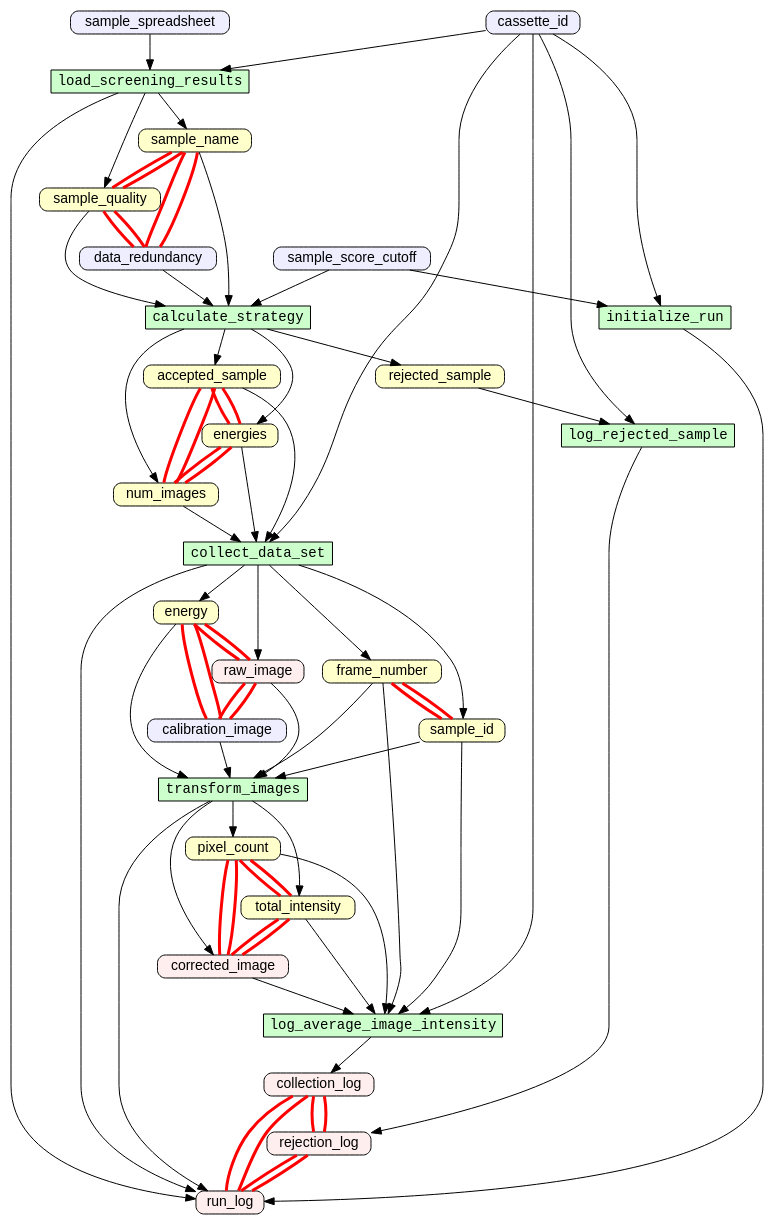
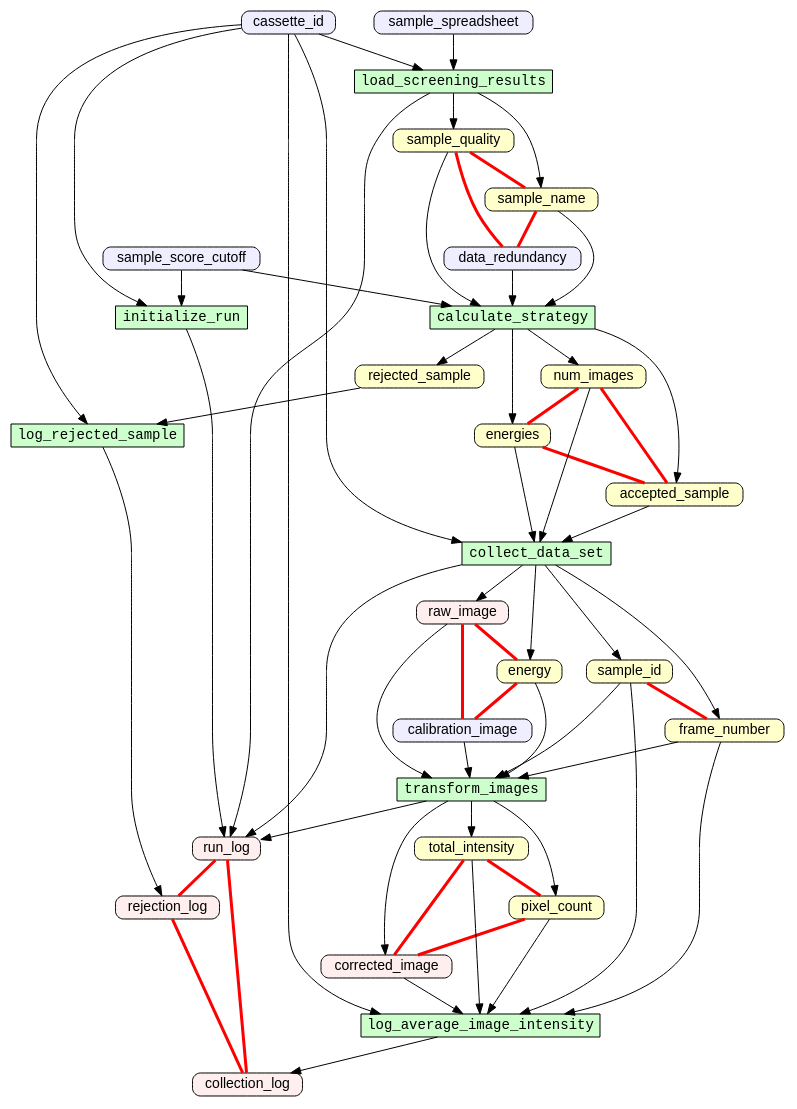
One commit to yesworkflow-org/yw-tapp-17-assert changed the diagram in toy-examples/examples/simulate_data_collection/g.gv. Above: the diagram before and after it, drawn with Graphviz. The commit also changed 2 other files, not shown here.

Commit message:
simulate_data_collection DOWNeqv; single; DIRECT

```diff
--- a/toy-examples/examples/simulate_data_collection/g.gv
+++ b/toy-examples/examples/simulate_data_collection/g.gv
@@ -1,109 +1,93 @@
 digraph {
 rankdir=TB
 node [shape=box,fontname=Helvetica,fontsize=14,height=0,width=0]
 edge [fontname=Helvetica,fontsize=12]
 "accepted_sample"[style="filled,rounded" fillcolor="#FFFFCC",label="accepted_sample"]
 "energies"[style="filled,rounded" fillcolor="#FFFFCC",label="energies"]
 "energy"[style="filled,rounded" fillcolor="#FFFFCC",label="energy"]
 "frame_number"[style="filled,rounded" fillcolor="#FFFFCC",label="frame_number"]
 "num_images"[style="filled,rounded" fillcolor="#FFFFCC",label="num_images"]
 "pixel_count"[style="filled,rounded" fillcolor="#FFFFCC",label="pixel_count"]
 "rejected_sample"[style="filled,rounded" fillcolor="#FFFFCC",label="rejected_sample"]
 "sample_id"[style="filled,rounded" fillcolor="#FFFFCC",label="sample_id"]
 "sample_name"[style="filled,rounded" fillcolor="#FFFFCC",label="sample_name"]
 "sample_quality"[style="filled,rounded" fillcolor="#FFFFCC",label="sample_quality"]
 "total_intensity"[style="filled,rounded" fillcolor="#FFFFCC",label="total_intensity"]
 "collection_log"[style="filled,rounded" fillcolor="#FFEEEE",label="collection_log"]
 "corrected_image"[style="filled,rounded" fillcolor="#FFEEEE",label="corrected_image"]
 "raw_image"[style="filled,rounded" fillcolor="#FFEEEE",label="raw_image"]
 "rejection_log"[style="filled,rounded" fillcolor="#FFEEEE",label="rejection_log"]
 "run_log"[style="filled,rounded" fillcolor="#FFEEEE",label="run_log"]
 "calibration_image"[style="filled,rounded" fillcolor="#EEEEFF",label="calibration_image"]
 "cassette_id"[style="filled,rounded" fillcolor="#EEEEFF",label="cassette_id"]
 "data_redundancy"[style="filled,rounded" fillcolor="#EEEEFF",label="data_redundancy"]
 "sample_score_cutoff"[style="filled,rounded" fillcolor="#EEEEFF",label="sample_score_cutoff"]
 "sample_spreadsheet"[style="filled,rounded" fillcolor="#EEEEFF",label="sample_spreadsheet"]
 "calculate_strategy"[style="filled" fontname=Courier fillcolor="#CCFFCC",label="calculate_strategy"]
 "collect_data_set"[style="filled" fontname=Courier fillcolor="#CCFFCC",label="collect_data_set"]
 "initialize_run"[style="filled" fontname=Courier fillcolor="#CCFFCC",label="initialize_run"]
 "load_screening_results"[style="filled" fontname=Courier fillcolor="#CCFFCC",label="load_screening_results"]
 "log_average_image_intensity"[style="filled" fontname=Courier fillcolor="#CCFFCC",label="log_average_image_intensity"]
 "log_rejected_sample"[style="filled" fontname=Courier fillcolor="#CCFFCC",label="log_rejected_sample"]
 "transform_images"[style="filled" fontname=Courier fillcolor="#CCFFCC",label="transform_images"]
 accepted_sample -> collect_data_set [color="#000000"]
 calculate_strategy -> accepted_sample [color="#000000"]
 calculate_strategy -> energies [color="#000000"]
 calculate_strategy -> num_images [color="#000000"]
 calculate_strategy -> rejected_sample [color="#000000"]
 calibration_image -> transform_images [color="#000000"]
 cassette_id -> collect_data_set [color="#000000"]
 cassette_id -> initialize_run [color="#000000"]
 cassette_id -> load_screening_results [color="#000000"]
 cassette_id -> log_average_image_intensity [color="#000000"]
 cassette_id -> log_rejected_sample [color="#000000"]
 collect_data_set -> energy [color="#000000"]
 collect_data_set -> frame_number [color="#000000"]
 collect_data_set -> raw_image [color="#000000"]
 collect_data_set -> run_log [color="#000000"]
 collect_data_set -> sample_id [color="#000000"]
 corrected_image -> log_average_image_intensity [color="#000000"]
 data_redundancy -> calculate_strategy [color="#000000"]
 energies -> collect_data_set [color="#000000"]
 energy -> transform_images [color="#000000"]
 frame_number -> log_average_image_intensity [color="#000000"]
 frame_number -> transform_images [color="#000000"]
 initialize_run -> run_log [color="#000000"]
 load_screening_results -> run_log [color="#000000"]
 load_screening_results -> sample_name [color="#000000"]
 load_screening_results -> sample_quality [color="#000000"]
 log_average_image_intensity -> collection_log [color="#000000"]
 log_rejected_sample -> rejection_log [color="#000000"]
 num_images -> collect_data_set [color="#000000"]
 pixel_count -> log_average_image_intensity [color="#000000"]
 raw_image -> transform_images [color="#000000"]
 rejected_sample -> log_rejected_sample [color="#000000"]
 sample_id -> log_average_image_intensity [color="#000000"]
 sample_id -> transform_images [color="#000000"]
 sample_name -> calculate_strategy [color="#000000"]
 sample_quality -> calculate_strategy [color="#000000"]
 sample_score_cutoff -> calculate_strategy [color="#000000"]
 sample_score_cutoff -> initialize_run [color="#000000"]
 sample_spreadsheet -> load_screening_results [color="#000000"]
 total_intensity -> log_average_image_intensity [color="#000000"]
 transform_images -> corrected_image [color="#000000"]
 transform_images -> pixel_count [color="#000000"]
 transform_images -> run_log [color="#000000"]
 transform_images -> total_intensity [color="#000000"]
-accepted_sample -> energies [constraint=true color="#FF0000" dir=none penwidth=3]
-accepted_sample -> num_images [constraint=true color="#FF0000" dir=none penwidth=3]
-calibration_image -> energy [constraint=true color="#FF0000" dir=none penwidth=3]
-calibration_image -> raw_image [constraint=true color="#FF0000" dir=none penwidth=3]
-collection_log -> rejection_log [constraint=true color="#FF0000" dir=none penwidth=3]
-collection_log -> run_log [constraint=true color="#FF0000" dir=none penwidth=3]
-corrected_image -> pixel_count [constraint=true color="#FF0000" dir=none penwidth=3]
-corrected_image -> total_intensity [constraint=true color="#FF0000" dir=none penwidth=3]
-data_redundancy -> sample_name [constraint=true color="#FF0000" dir=none penwidth=3]
-data_redundancy -> sample_quality [constraint=true color="#FF0000" dir=none penwidth=3]
 energies -> accepted_sample [constraint=true color="#FF0000" dir=none penwidth=3]
-energies -> num_images [constraint=true color="#FF0000" dir=none penwidth=3]
 energy -> calibration_image [constraint=true color="#FF0000" dir=none penwidth=3]
-energy -> raw_image [constraint=true color="#FF0000" dir=none penwidth=3]
-frame_number -> sample_id [constraint=true color="#FF0000" dir=none penwidth=3]
 num_images -> accepted_sample [constraint=true color="#FF0000" dir=none penwidth=3]
 num_images -> energies [constraint=true color="#FF0000" dir=none penwidth=3]
 pixel_count -> corrected_image [constraint=true color="#FF0000" dir=none penwidth=3]
-pixel_count -> total_intensity [constraint=true color="#FF0000" dir=none penwidth=3]
 raw_image -> calibration_image [constraint=true color="#FF0000" dir=none penwidth=3]
 raw_image -> energy [constraint=true color="#FF0000" dir=none penwidth=3]
 rejection_log -> collection_log [constraint=true color="#FF0000" dir=none penwidth=3]
-rejection_log -> run_log [constraint=true color="#FF0000" dir=none penwidth=3]
 run_log -> collection_log [constraint=true color="#FF0000" dir=none penwidth=3]
 run_log -> rejection_log [constraint=true color="#FF0000" dir=none penwidth=3]
 sample_id -> frame_number [constraint=true color="#FF0000" dir=none penwidth=3]
 sample_name -> data_redundancy [constraint=true color="#FF0000" dir=none penwidth=3]
-sample_name -> sample_quality [constraint=true color="#FF0000" dir=none penwidth=3]
 sample_quality -> data_redundancy [constraint=true color="#FF0000" dir=none penwidth=3]
 sample_quality -> sample_name [constraint=true color="#FF0000" dir=none penwidth=3]
 total_intensity -> corrected_image [constraint=true color="#FF0000" dir=none penwidth=3]
 total_intensity -> pixel_count [constraint=true color="#FF0000" dir=none penwidth=3]
 }
```
